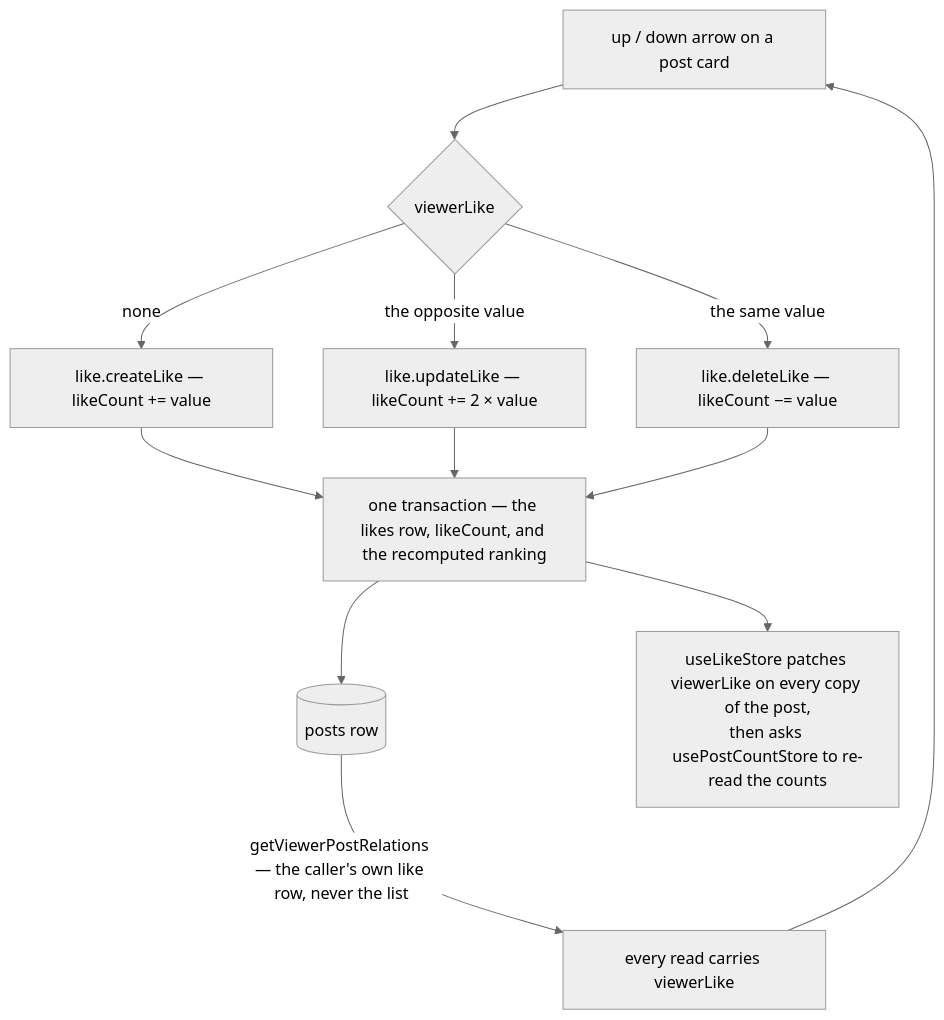
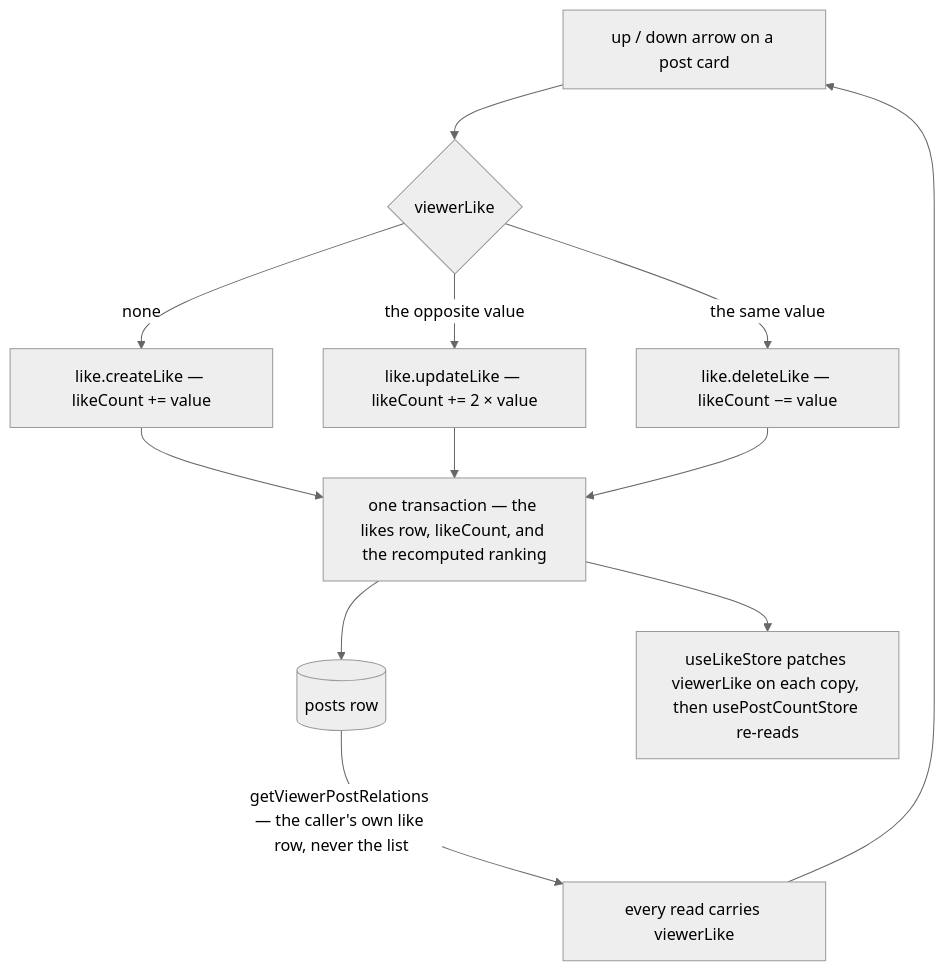
Before and after one commit to Esposter/Esposter: the diagram in openspec/specs/post/likes/design.md, drawn with Mermaid (neutral theme). The commit also changed 8 other files, not shown here.

First line of the commit message:
docs(genshin): clear the roadmap's checked items, and record their outcomes in the owning pages

````diff
--- a/openspec/specs/post/likes/design.md
+++ b/openspec/specs/post/likes/design.md
@@ -7,14 +7,14 @@
 ```mermaid
 flowchart TD
   arrows["up / down arrow on a post card"] --> pick{"viewerLike"}
   pick -->|"none"| createLike["like.createLike — likeCount += value"]
   pick -->|"the opposite value"| updateLike["like.updateLike — likeCount += 2 × value"]
   pick -->|"the same value"| deleteLike["like.deleteLike — likeCount −= value"]
   createLike --> txn
   updateLike --> txn
   deleteLike --> txn["one transaction — the likes row, likeCount, and the recomputed ranking"]
   txn --> row[("posts row")]
-  txn --> patch["useLikeStore patches viewerLike on every copy of the post,<br/>then asks usePostCountStore to re-read the counts"]
+  txn --> patch["useLikeStore patches viewerLike on each copy, then usePostCountStore re-reads"]
   row -->|"getViewerPostRelations — the caller's own like row, never the list"| viewer["every read carries viewerLike"]
   viewer --> arrows
 ```
````
